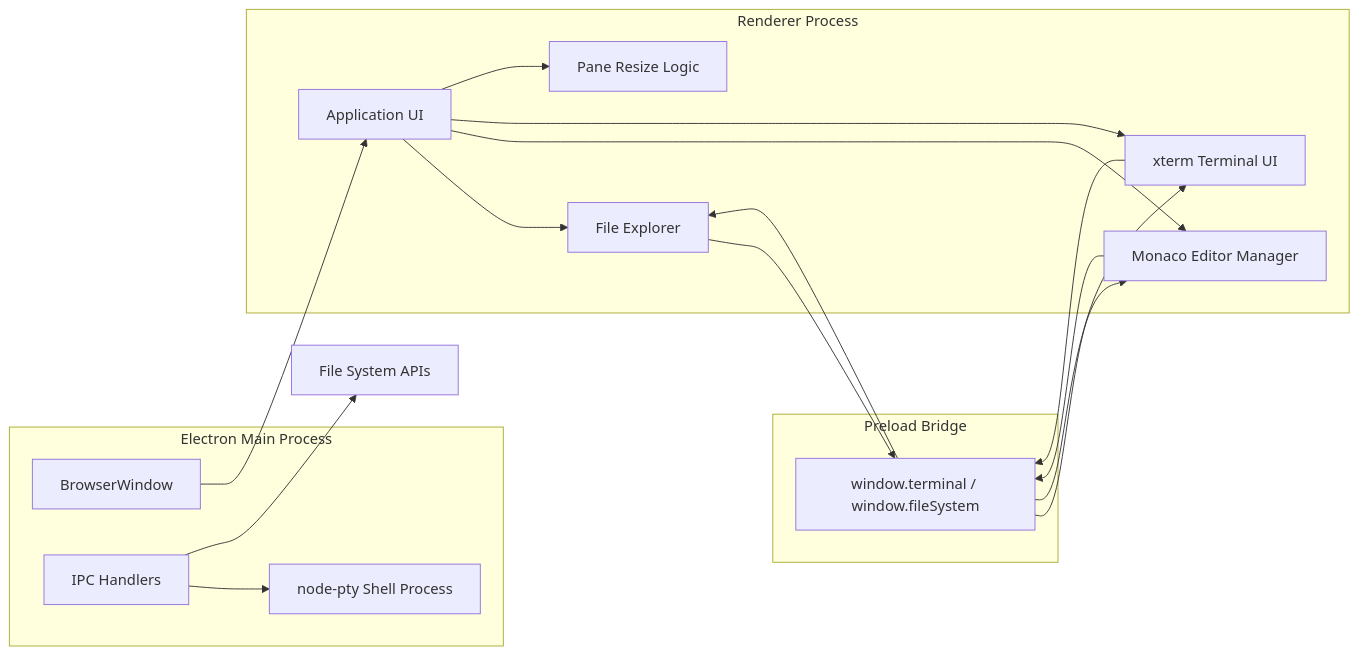
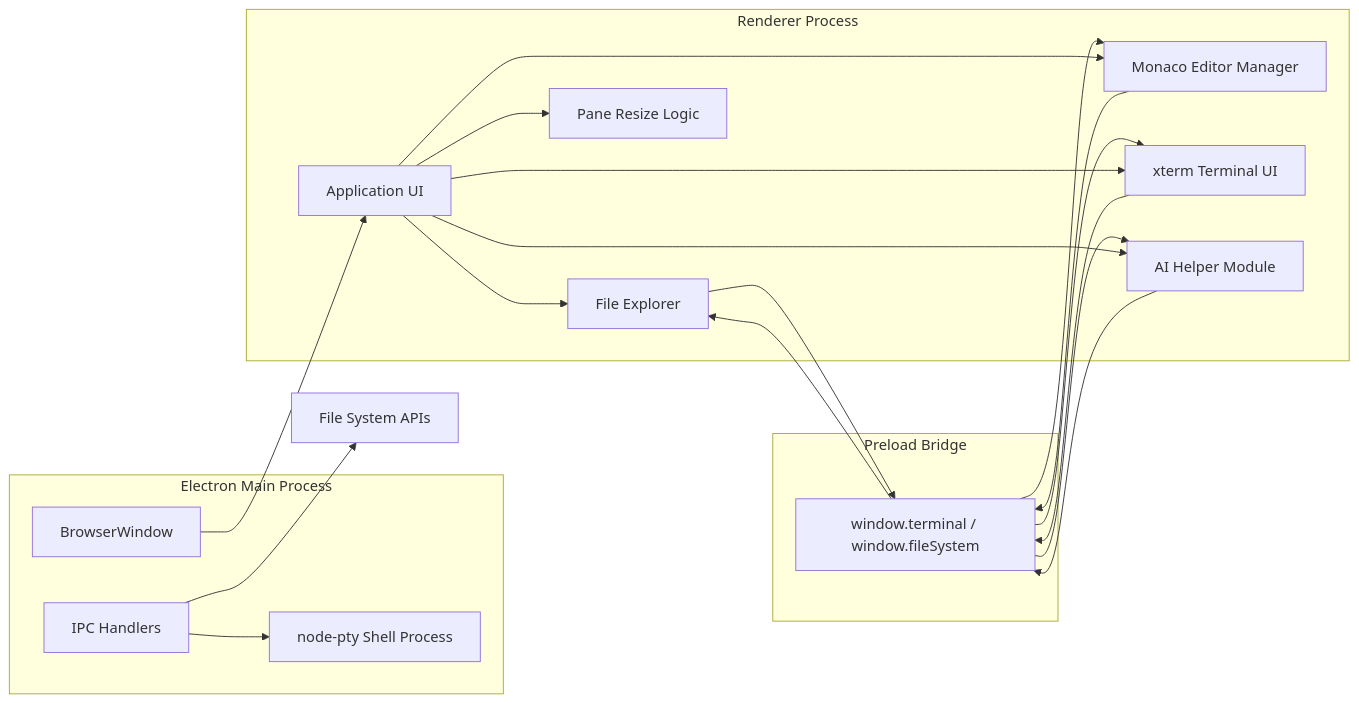
One commit to tusharAgarwal2511/codium changed the diagram in README.md. Above: the diagram before and after it, drawn with Mermaid. The commit also changed other lines of this file, not shown here.

````diff
--- a/README.md
+++ b/README.md
@@ -58,34 +66,38 @@
 ```mermaid
 flowchart LR
     subgraph MainProcess["Electron Main Process"]
         Window["BrowserWindow"]
         IPC["IPC Handlers"]
         Pty["node-pty Shell Process"]
     end
 
     subgraph Bridge["Preload Bridge"]
         API["window.terminal / window.fileSystem"]
     end
 
     subgraph Renderer["Renderer Process"]
         UI["Application UI"]
         Explorer["File Explorer"]
         Editor["Monaco Editor Manager"]
         Terminal["xterm Terminal UI"]
+        AI["AI Helper Module"]
         Resize["Pane Resize Logic"]
     end
 
     Window --> UI
     IPC --> Pty
     IPC --> FS["File System APIs"]
     API --> Explorer
     API --> Editor
     API --> Terminal
+    API --> AI
     UI --> Explorer
     UI --> Editor
     UI --> Terminal
+    UI --> AI
     UI --> Resize
     Explorer --> API
     Editor --> API
     Terminal --> API
+    AI --> API
 ```
````
